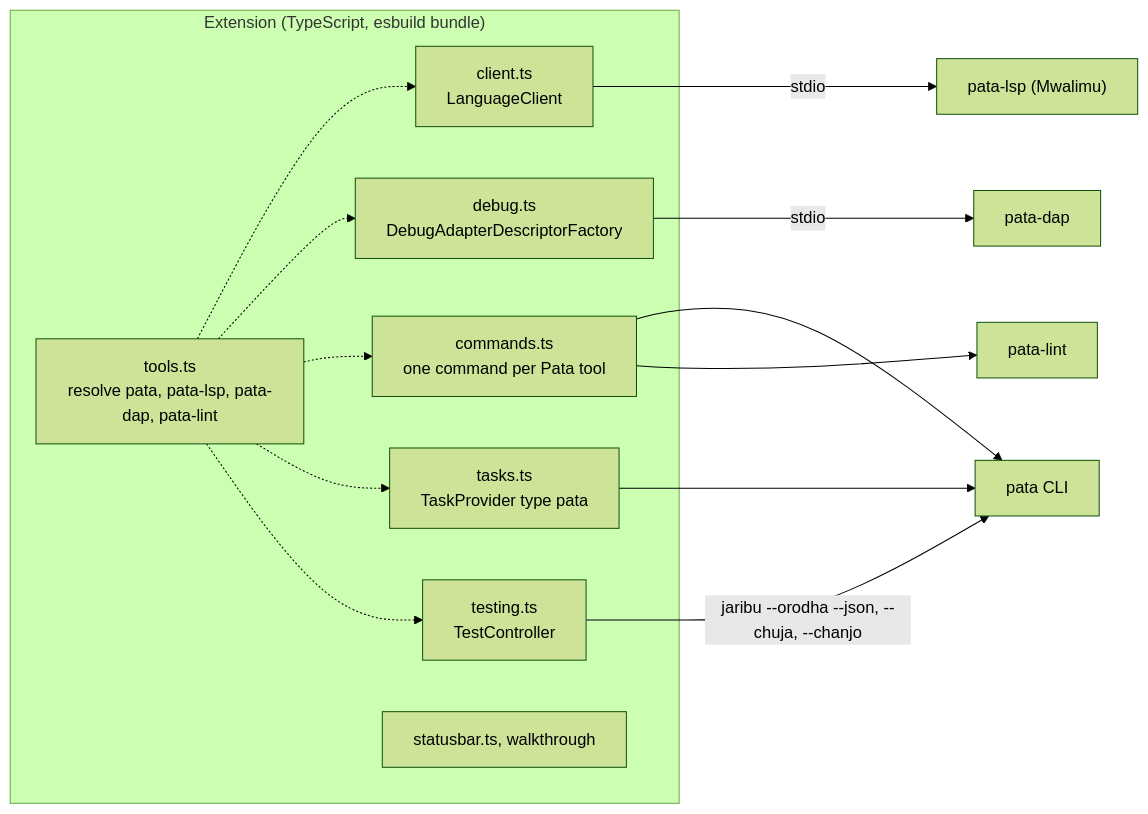
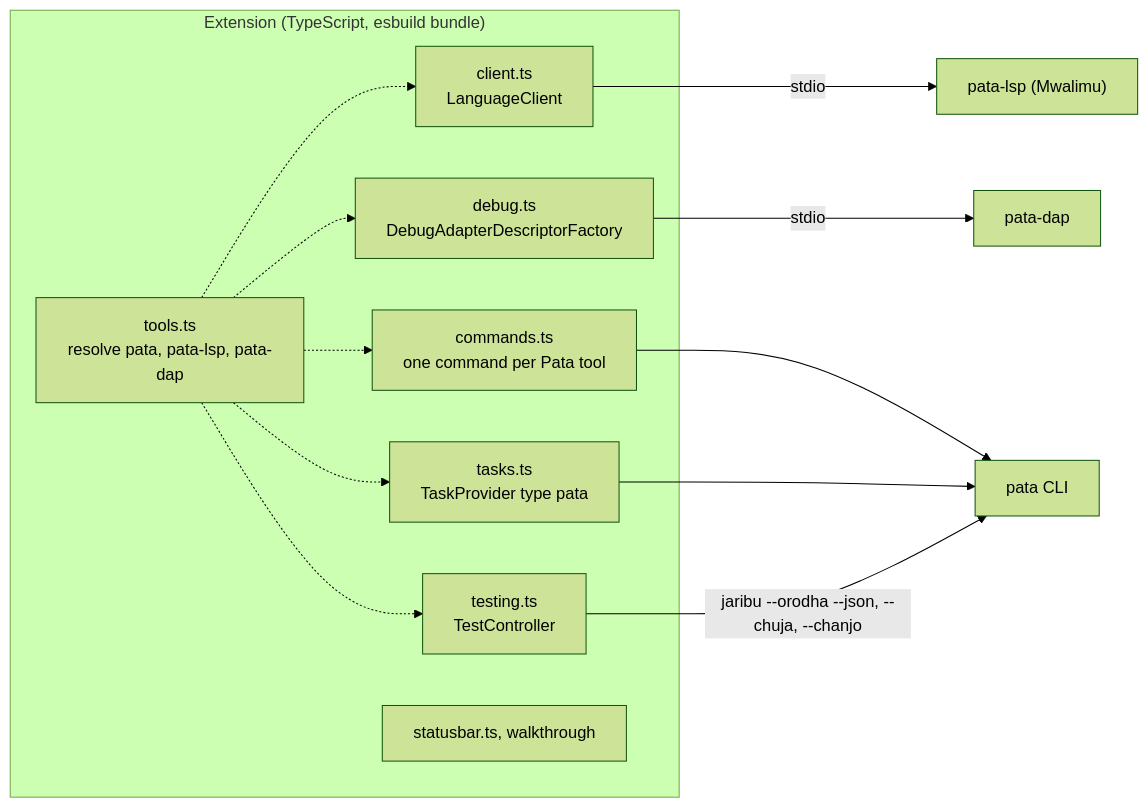
The diagram in docs/02-technical-requirements.md (Asili-Programming/asili-vscode), drawn with Mermaid (forest theme) before and after one commit. The commit also changed other lines of this file and 3 other files, not shown here.

````diff
--- a/docs/02-technical-requirements.md
+++ b/docs/02-technical-requirements.md
@@ -12,19 +12,18 @@
 ```mermaid
 flowchart LR
   subgraph ext["Extension (TypeScript, esbuild bundle)"]
-    res["tools.ts<br/>resolve pata, pata-lsp, pata-dap, pata-lint"]
+    res["tools.ts<br/>resolve pata, pata-lsp, pata-dap"]
     lsp["client.ts<br/>LanguageClient"]
     cmd["commands.ts<br/>one command per Pata tool"]
     task["tasks.ts<br/>TaskProvider type pata"]
     test["testing.ts<br/>TestController"]
     dbg["debug.ts<br/>DebugAdapterDescriptorFactory"]
     ui["statusbar.ts, walkthrough"]
   end
   lsp -- stdio --> mw["pata-lsp (Mwalimu)"]
   dbg -- stdio --> dap["pata-dap"]
   cmd --> cli["pata CLI"]
   task --> cli
   test -- "jaribu --orodha --json, --chuja, --chanjo" --> cli
-  cmd --> lint["pata-lint"]
   res -.-> lsp & dbg & cmd & task & test
 ```
````
